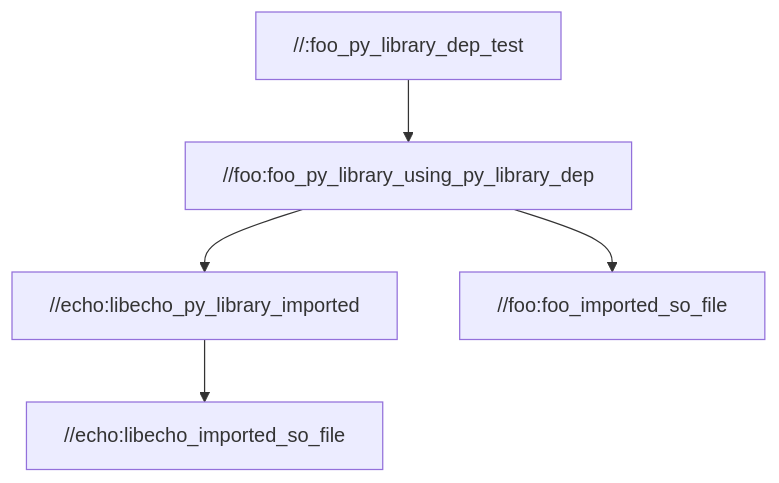
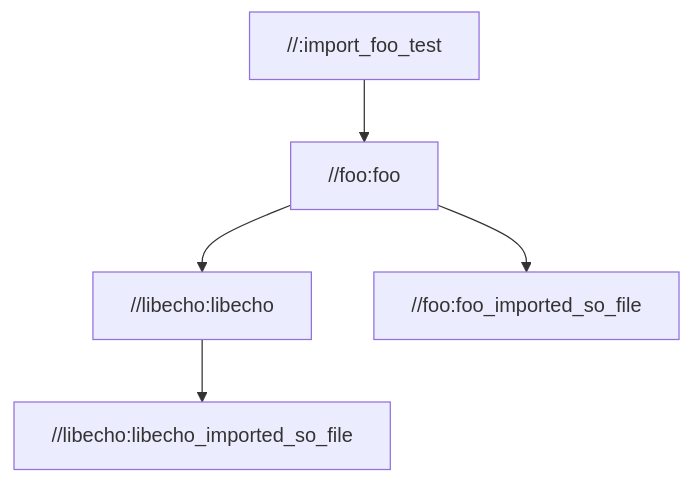
Before and after one commit to wade-arista/bazel-demo: the diagram in README.md, drawn with Mermaid. The commit also changed other lines of this file and 14 other files, not shown here.

````diff
--- a/README.md
+++ b/README.md
@@ -11,7 +11,7 @@
 ```mermaid
 graph TD
-  //:foo_py_library_dep_test --> //foo:foo_py_library_using_py_library_dep
-  //foo:foo_py_library_using_py_library_dep --> //echo:libecho_py_library_imported
-  //foo:foo_py_library_using_py_library_dep --> //foo:foo_imported_so_file
-  //echo:libecho_py_library_imported --> //echo:libecho_imported_so_file
+  //:import_foo_test --> //foo:foo
+  //foo:foo --> //libecho:libecho
+  //foo:foo --> //foo:foo_imported_so_file
+  //libecho:libecho --> //libecho:libecho_imported_so_file
 ```
````
